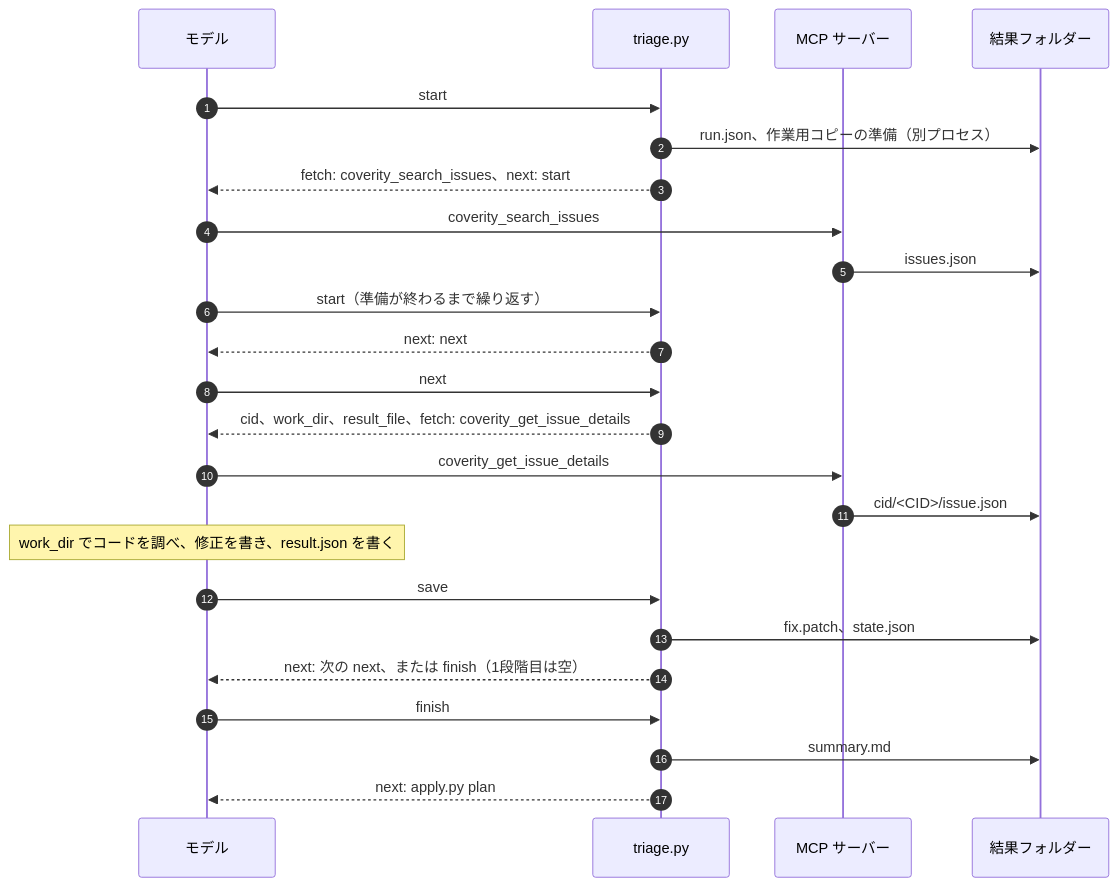
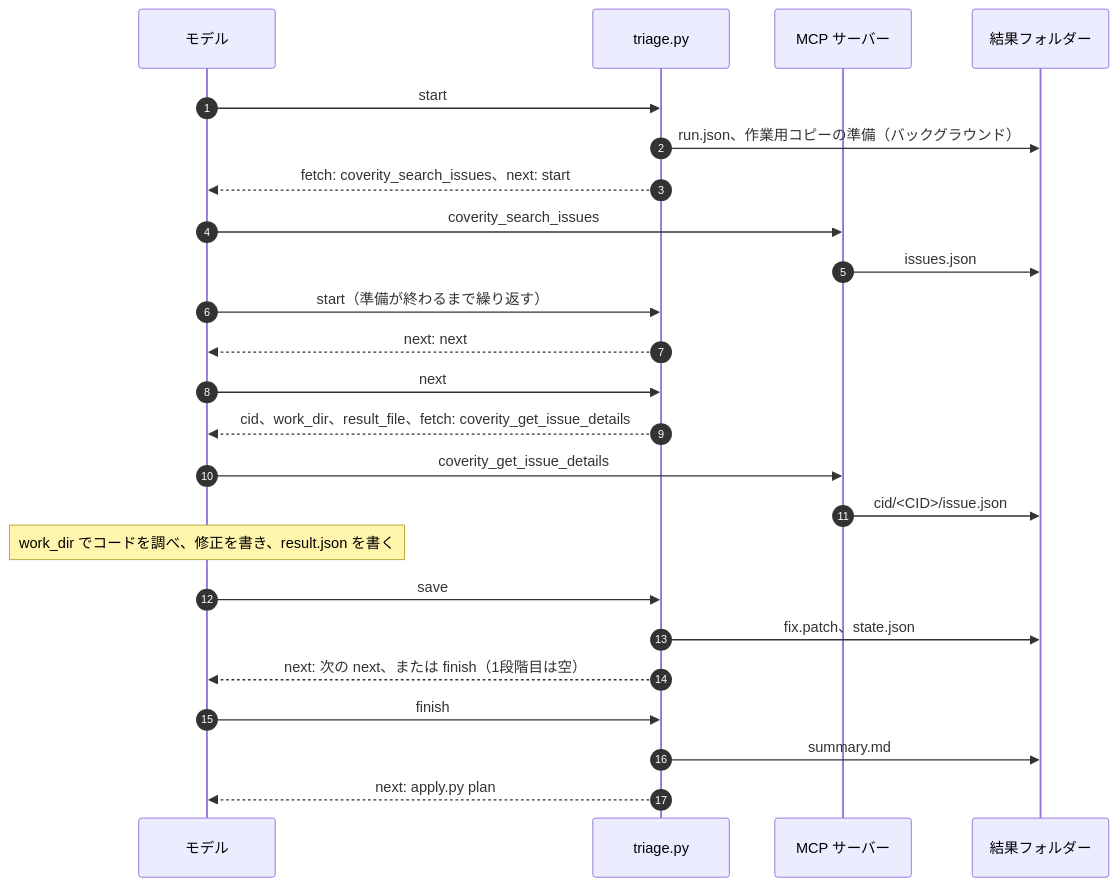
Before and after one commit to xclang-brain/plugin-market-place: the second of 4 diagrams in docs-site/docs/dev/architecture.md, drawn with Mermaid. The commit also changed other lines of this file and 14 other files, not shown here.

````diff
--- a/docs-site/docs/dev/architecture.md
+++ b/docs-site/docs/dev/architecture.md
@@ -50,26 +50,26 @@
 ```mermaid
 sequenceDiagram
   autonumber
   participant A as モデル
   participant T as triage.py
   participant M as MCP サーバー
   participant R as 結果フォルダー
   A->>T: start
-  T->>R: run.json、作業用コピーの準備（別プロセス）
+  T->>R: run.json、作業用コピーの準備（バックグラウンド）
   T-->>A: fetch: coverity_search_issues、next: start
   A->>M: coverity_search_issues
   M->>R: issues.json
   A->>T: start（準備が終わるまで繰り返す）
   T-->>A: next: next
   A->>T: next
   T-->>A: cid、work_dir、result_file、fetch: coverity_get_issue_details
   A->>M: coverity_get_issue_details
   M->>R: cid/<CID>/issue.json
   Note over A: work_dir でコードを調べ、修正を書き、result.json を書く
   A->>T: save
   T->>R: fix.patch、state.json
   T-->>A: next: 次の next、または finish（1段階目は空）
   A->>T: finish
   T->>R: summary.md
   T-->>A: next: apply.py plan
 ```
````
